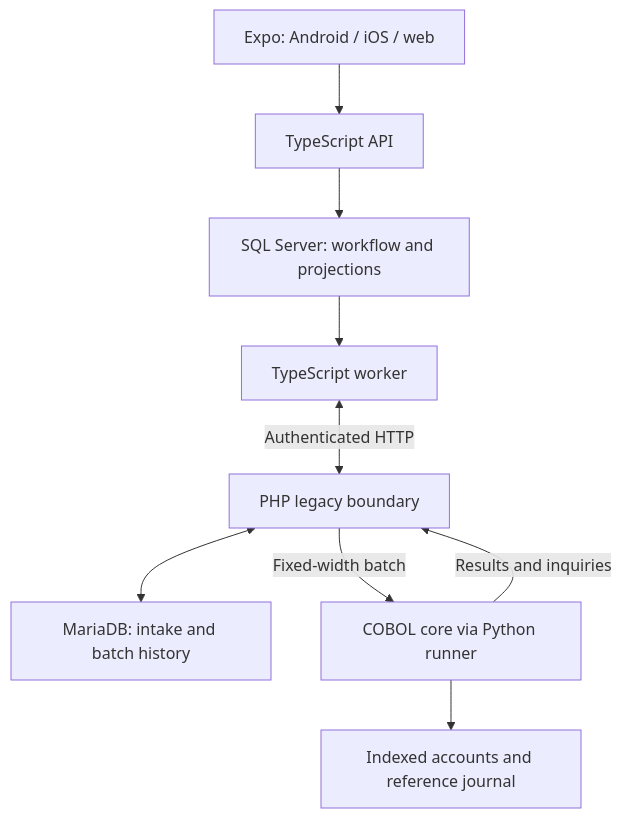
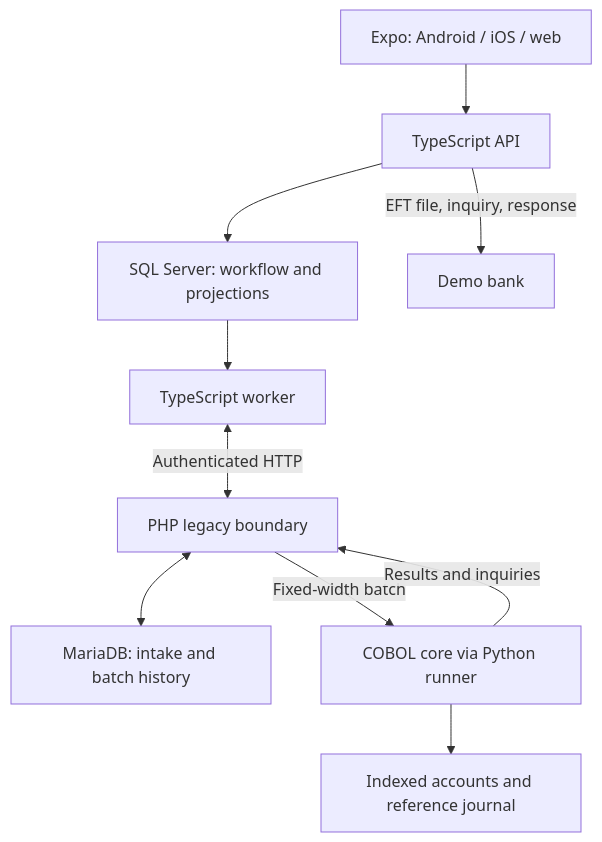
One commit to CalebLouwskitter/bureau-bridge changed the diagram in README.md. Above: the diagram before and after it, drawn with Mermaid. The commit also changed other lines of this file and 8 other files, not shown here.

````diff
--- a/README.md
+++ b/README.md
@@ -43,11 +45,12 @@
 ```mermaid
 flowchart TD
   E["Expo: Android / iOS / web"] --> A["TypeScript API"]
   A --> S["SQL Server: workflow and projections"]
   S --> W["TypeScript worker"]
   W <-->|"Authenticated HTTP"| P["PHP legacy boundary"]
   P <--> M["MariaDB: intake and batch history"]
   P -->|"Fixed-width batch"| C["COBOL core via Python runner"]
   C --> G["Indexed accounts and reference journal"]
   C -->|"Results and inquiries"| P
+  A -->|"EFT file, inquiry, response"| B["Demo bank"]
 ```
````
